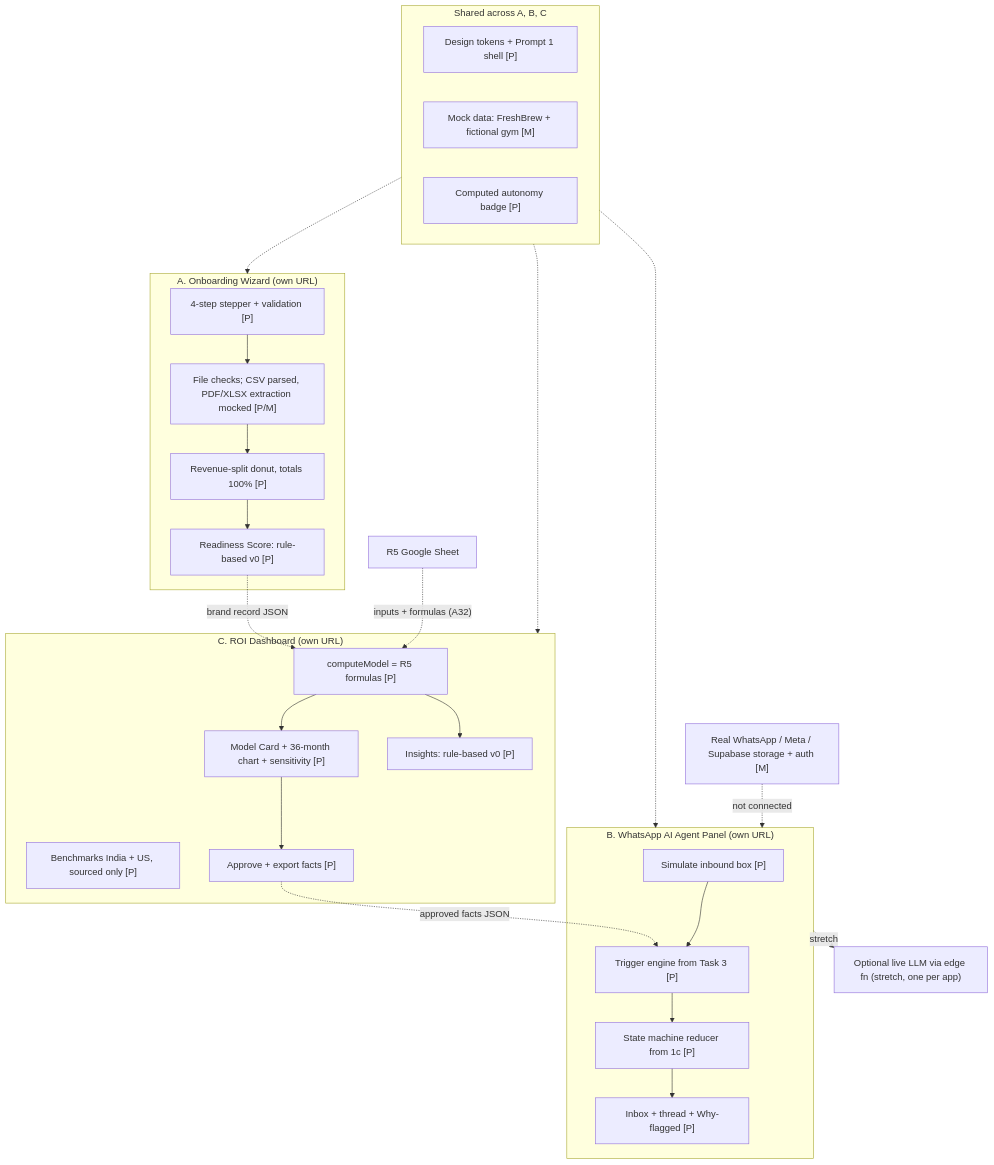
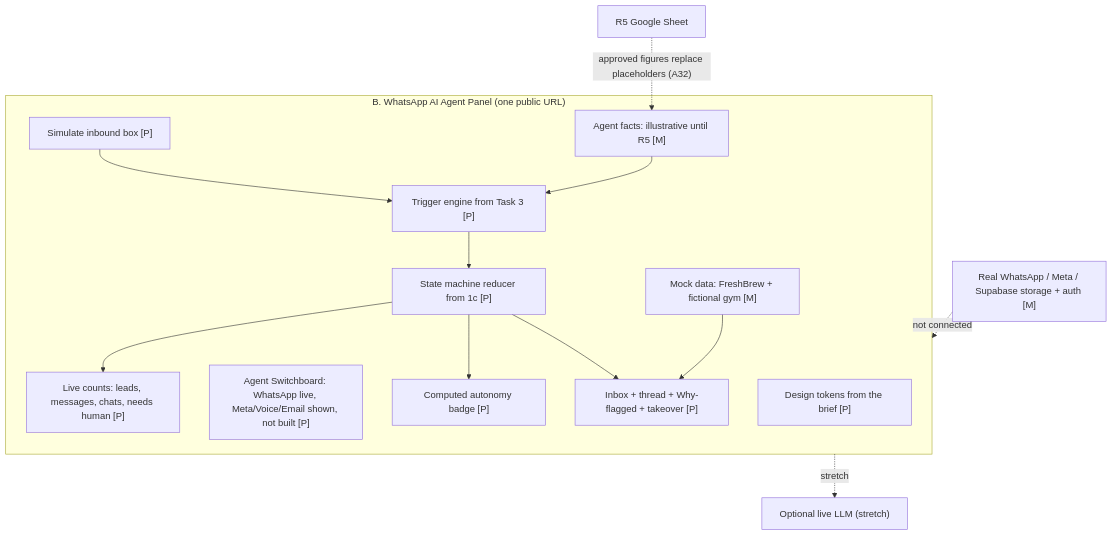
Before and after one commit to bhawnamanglapm/Franchise-in-a-Box-OS: the sixth of 8 diagrams in docs/architecture.md, drawn with Mermaid. The commit also changed other lines of this file and 37 other files, not shown here.

First line of the commit message:
Task 2 is Option B only: revise D-10 and update docs and diagrams

````diff
--- a/docs/architecture.md
+++ b/docs/architecture.md
@@ -206,43 +206,26 @@
 ```mermaid
 flowchart TB
-  subgraph SH["Shared across A, B, C"]
-    TOK["Design tokens + Prompt 1 shell [P]"]
-    MD["Mock data: FreshBrew + fictional gym [M]"]
-    BG["Computed autonomy badge [P]"]
-  end
-  subgraph PA["A. Onboarding Wizard (own URL)"]
-    A1["4-step stepper + validation [P]"]
-    A2["File checks; CSV parsed, PDF/XLSX extraction mocked [P/M]"]
-    A3["Revenue-split donut, totals 100% [P]"]
-    A4["Readiness Score: rule-based v0 [P]"]
-  end
-  subgraph PC["C. ROI Dashboard (own URL)"]
-    C1["computeModel = R5 formulas [P]"]
-    C2["Model Card + 36-month chart + sensitivity [P]"]
-    C3["Benchmarks India + US, sourced only [P]"]
-    C4["Insights: rule-based v0 [P]"]
-    C5["Approve + export facts [P]"]
-  end
-  subgraph PB["B. WhatsApp AI Agent Panel (own URL)"]
+  subgraph PB["B. WhatsApp AI Agent Panel (one public URL)"]
+    TOK["Design tokens from the brief [P]"]
+    SW["Agent Switchboard: WhatsApp live, Meta/Voice/Email shown, not built [P]"]
+    LS["Live counts: leads, messages, chats, needs human [P]"]
     B1["Simulate inbound box [P]"]
     B2["Trigger engine from Task 3 [P]"]
     B3["State machine reducer from 1c [P]"]
-    B4["Inbox + thread + Why-flagged [P]"]
+    B4["Inbox + thread + Why-flagged + takeover [P]"]
+    BG["Computed autonomy badge [P]"]
+    MD["Mock data: FreshBrew + fictional gym [M]"]
+    FX["Agent facts: illustrative until R5 [M]"]
   end
   R5S["R5 Google Sheet"]
-  LLM2["Optional live LLM via edge fn (stretch, one per app)"]
+  LLM2["Optional live LLM (stretch)"]
   EXT["Real WhatsApp / Meta / Supabase storage + auth [M]"]
-  A1 --> A2 --> A3 --> A4
-  A4 -. "brand record JSON" .-> C1
-  R5S -. "inputs + formulas (A32)" .-> C1
-  C1 --> C2
-  C1 --> C4
-  C2 --> C5
-  C5 -. "approved facts JSON" .-> B2
   B1 --> B2 --> B3 --> B4
-  SH -.-> PA
-  SH -.-> PB
-  SH -.-> PC
+  B3 --> BG
+  B3 --> LS
+  MD --> B4
+  FX --> B2
+  R5S -. "approved figures replace placeholders (A32)" .-> FX
   PB -. "stretch" .-> LLM2
   EXT -. "not connected" .-> PB
 ```
````
